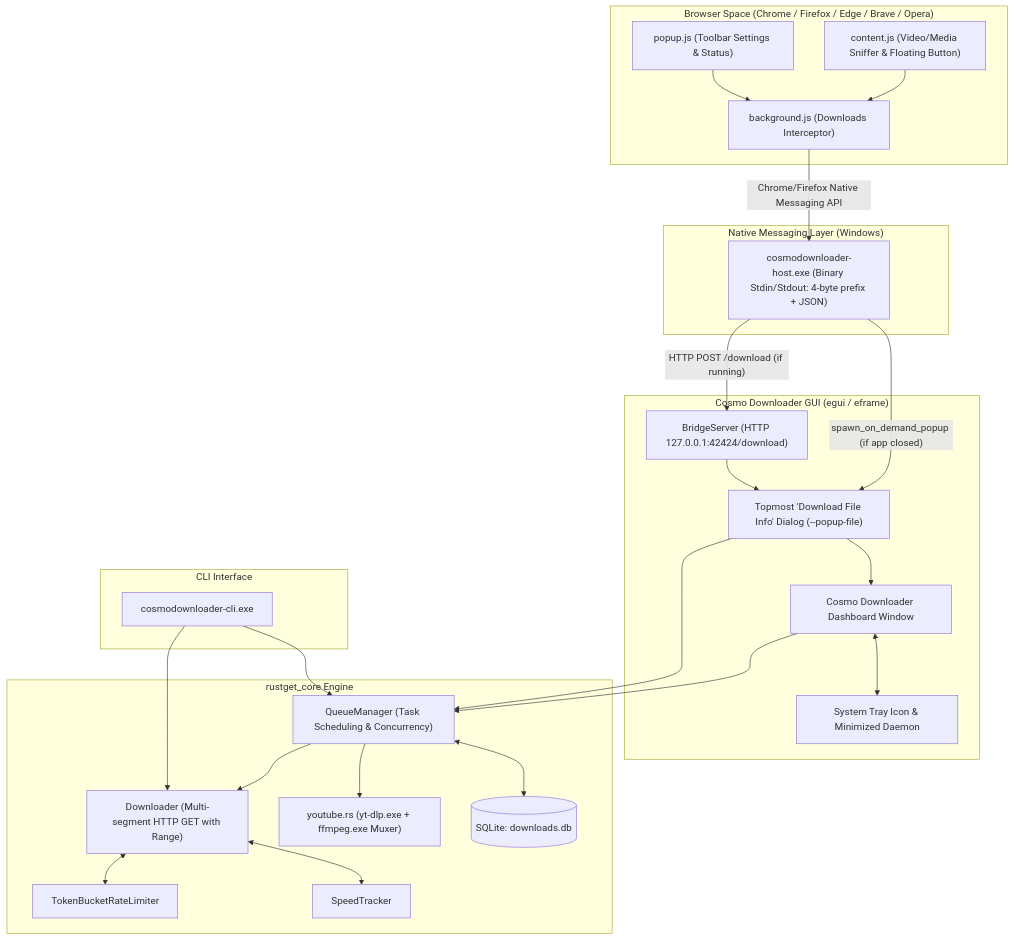
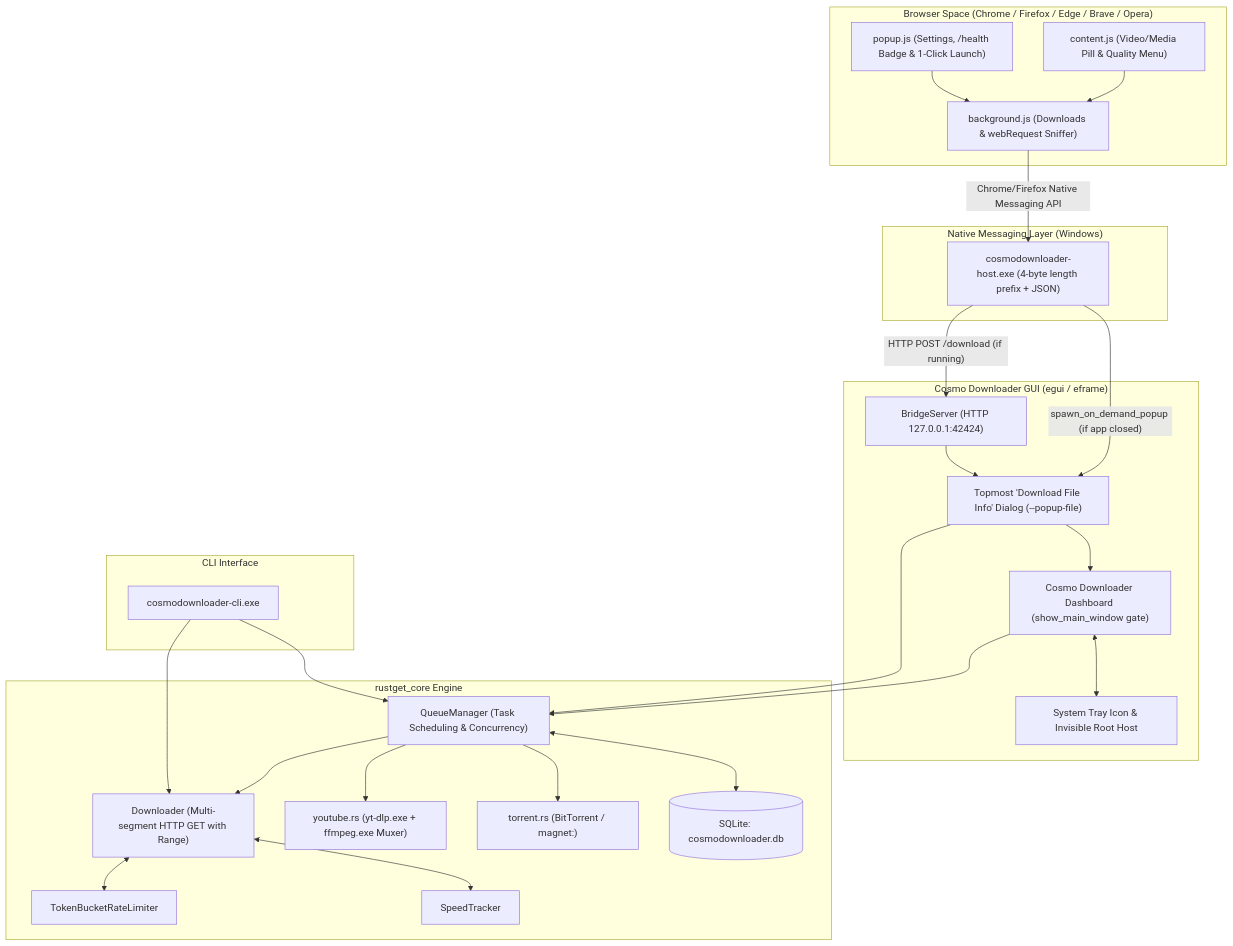
The diagram in .agent/MINDMAP.md (Itsmahedi/Cosmo-Downloader), drawn with Mermaid before and after one commit. The commit also changed other lines of this file and 3 other files, not shown here.

Commit message:
chore(agent): refresh architecture docs and add repo-sync-and-release skill

````diff
--- a/.agent/MINDMAP.md
+++ b/.agent/MINDMAP.md
@@ -44,51 +45,53 @@
 ```mermaid
 flowchart TD
     subgraph Browser["Browser Space (Chrome / Firefox / Edge / Brave / Opera)"]
-        ExtBg["background.js (Downloads Interceptor)"]
-        ExtContent["content.js (Video/Media Sniffer & Floating Button)"]
-        ExtPopup["popup.js (Toolbar Settings & Status)"]
+        ExtBg["background.js (Downloads & webRequest Sniffer)"]
+        ExtContent["content.js (Video/Media Pill & Quality Menu)"]
+        ExtPopup["popup.js (Settings, /health Badge & 1-Click Launch)"]
         ExtContent --> ExtBg
         ExtPopup --> ExtBg
     end
 
     subgraph NativeBridge["Native Messaging Layer (Windows)"]
-        NativeHost["cosmodownloader-host.exe (Binary Stdin/Stdout: 4-byte prefix + JSON)"]
+        NativeHost["cosmodownloader-host.exe (4-byte length prefix + JSON)"]
         ExtBg -->|"Chrome/Firefox Native Messaging API"| NativeHost
     end
 
     subgraph DesktopApp["Cosmo Downloader GUI (egui / eframe)"]
-        LocalServer["BridgeServer (HTTP 127.0.0.1:42424/download)"]
+        LocalServer["BridgeServer (HTTP 127.0.0.1:42424)"]
         PopupDialog["Topmost 'Download File Info' Dialog (--popup-file)"]
-        MainWindow["Cosmo Downloader Dashboard Window"]
-        Tray["System Tray Icon & Minimized Daemon"]
-        
+        MainWindow["Cosmo Downloader Dashboard (show_main_window gate)"]
+        Tray["System Tray Icon & Invisible Root Host"]
+
         NativeHost -->|"HTTP POST /download (if running)"| LocalServer
         NativeHost -->|"spawn_on_demand_popup (if app closed)"| PopupDialog
         LocalServer --> PopupDialog
         PopupDialog --> MainWindow
         MainWindow <--> Tray
     end
 
     subgraph CoreEngine["rustget_core Engine"]
         QueueMgr["QueueManager (Task Scheduling & Concurrency)"]
         DownloaderEngine["Downloader (Multi-segment HTTP GET with Range)"]
         YTDLP["youtube.rs (yt-dlp.exe + ffmpeg.exe Muxer)"]
-        DB[(SQLite: downloads.db)]
+        Torrent["torrent.rs (BitTorrent / magnet:)"]
+        DB[(SQLite: cosmodownloader.db)]
         RateLimit["TokenBucketRateLimiter"]
         Speed["SpeedTracker"]
-        
+
         MainWindow --> QueueMgr
         PopupDialog --> QueueMgr
         QueueMgr --> DownloaderEngine
         QueueMgr --> YTDLP
+        QueueMgr --> Torrent
         QueueMgr <--> DB
         DownloaderEngine <--> RateLimit
         DownloaderEngine <--> Speed
     end
 
     subgraph CLI["CLI Interface"]
         CosmoCLI["cosmodownloader-cli.exe"]
         CosmoCLI --> QueueMgr
         CosmoCLI --> DownloaderEngine
     end
 ```
````
